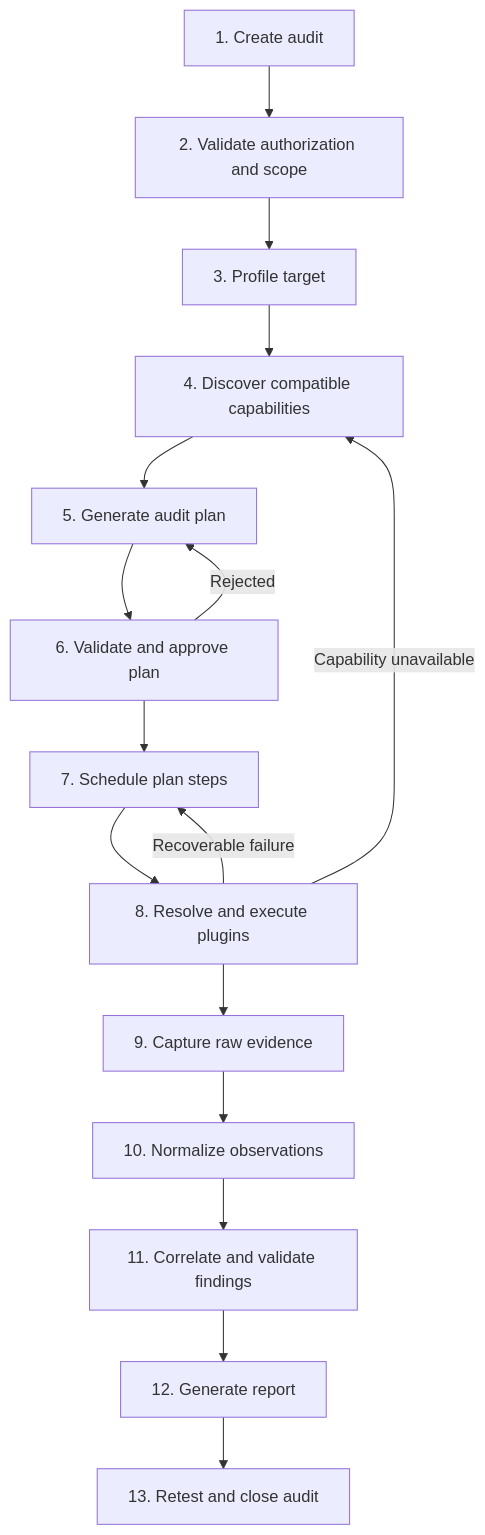
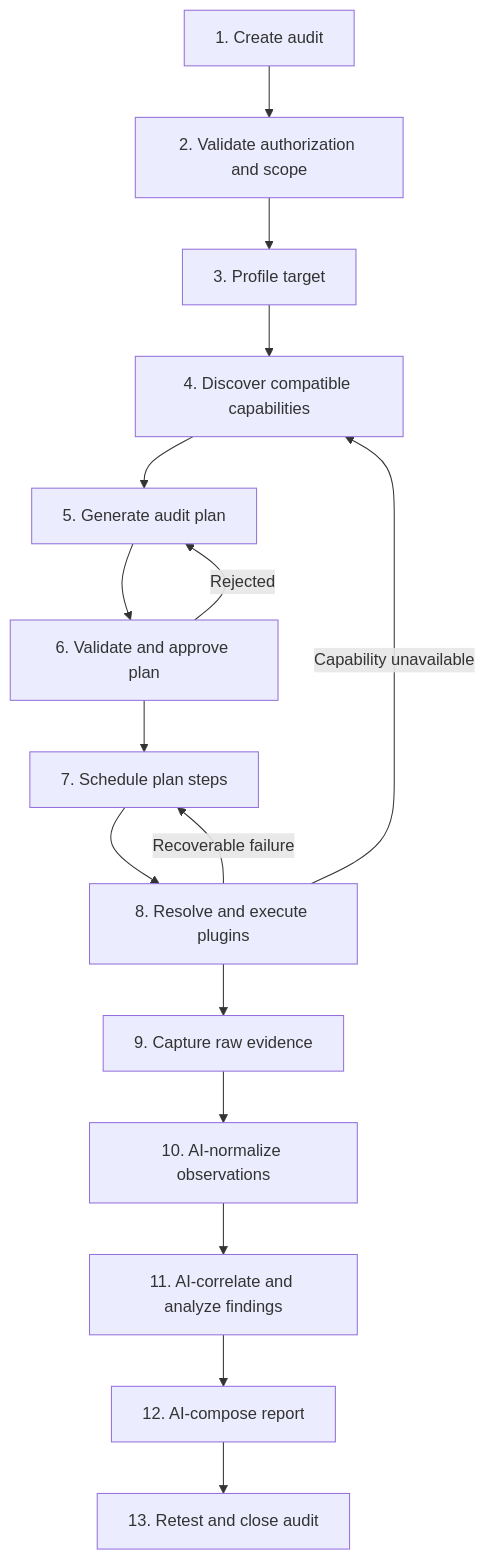
One commit to Likith-Karthik/intelligent-security changed the first of 2 diagrams in CODE_FLOW_PLAN.md. Above: the diagram before and after it, drawn with Mermaid. The commit also changed other lines of this file and 11 other files, not shown here.

````diff
--- a/CODE_FLOW_PLAN.md
+++ b/CODE_FLOW_PLAN.md
@@ -20,19 +20,19 @@
 ```mermaid
 flowchart TD
     A[1. Create audit] --> B[2. Validate authorization and scope]
     B --> C[3. Profile target]
     C --> D[4. Discover compatible capabilities]
     D --> E[5. Generate audit plan]
     E --> F[6. Validate and approve plan]
     F --> G[7. Schedule plan steps]
     G --> H[8. Resolve and execute plugins]
     H --> I[9. Capture raw evidence]
-    I --> J[10. Normalize observations]
-    J --> K[11. Correlate and validate findings]
-    K --> L[12. Generate report]
+    I --> J[10. AI-normalize observations]
+    J --> K[11. AI-correlate and analyze findings]
+    K --> L[12. AI-compose report]
     L --> M[13. Retest and close audit]
 
     F -->|Rejected| E
     H -->|Recoverable failure| G
     H -->|Capability unavailable| D
 ```
````
